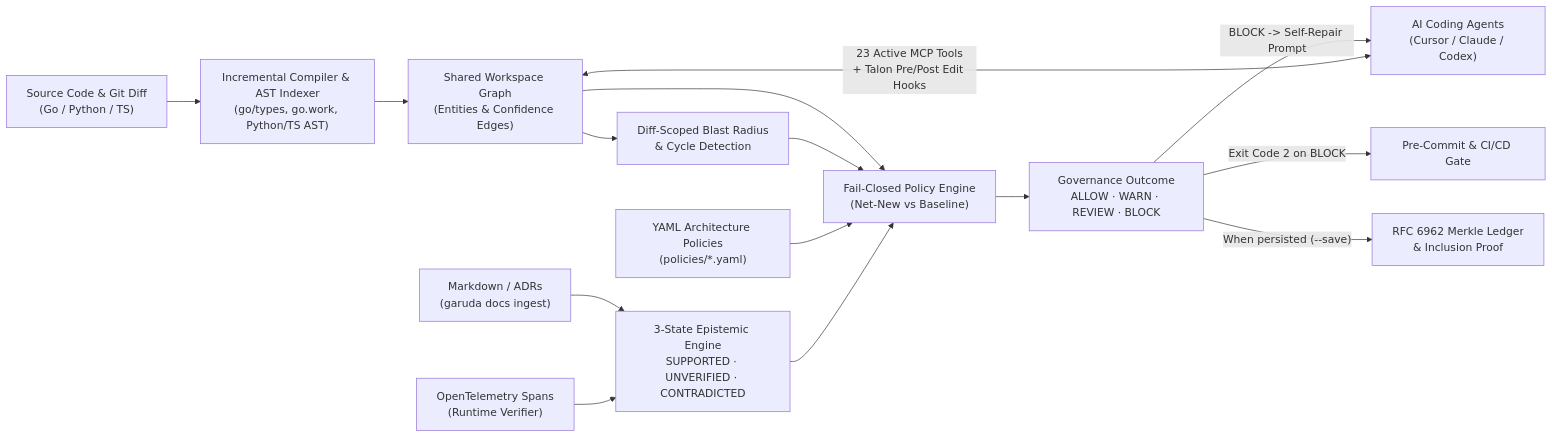
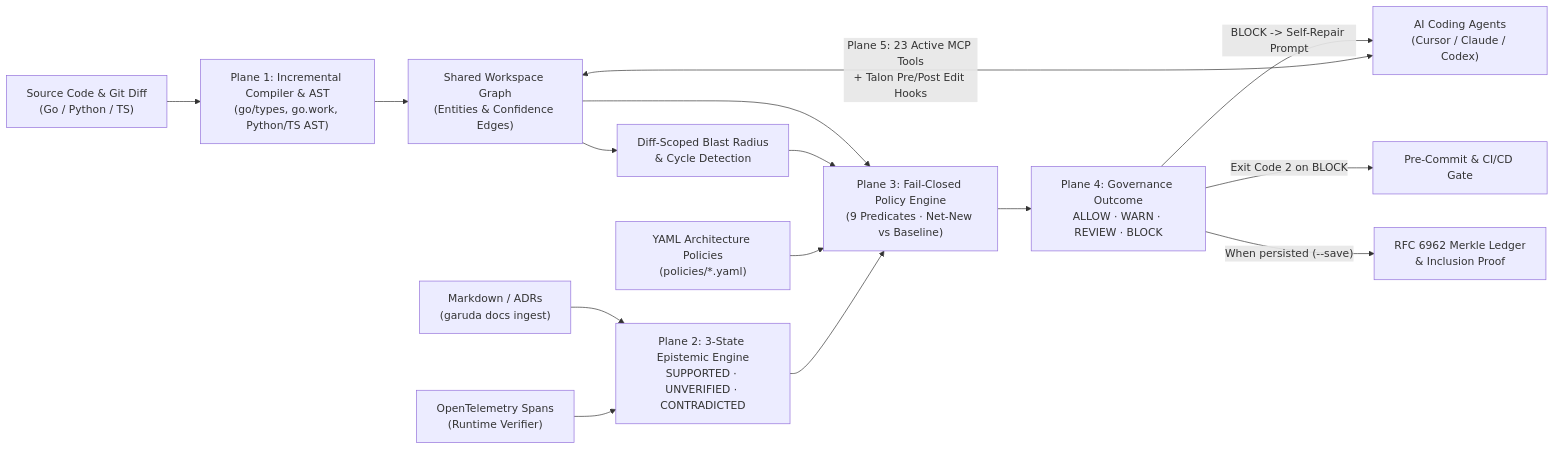
Before and after one commit to myshra777-ai/garuda: the diagram in README.md, drawn with Mermaid. The commit also changed other lines of this file and 9 other files, not shown here.

First line of the commit message:
feat(v1.6): add zero-dependency Windows/macOS/Linux/Chromebook/Android installers, pure-Go AST fallback, garuda doctor, PWA, and full v1.6 docs

````diff
--- a/README.md
+++ b/README.md
@@ -106,17 +167,17 @@
 ```mermaid
 flowchart LR
-    SRC["Source Code & Git Diff\n(Go / Python / TS)"] --> ANALYZE["Incremental Compiler & AST Indexer\n(go/types, go.work, Python/TS AST)"]
+    SRC["Source Code & Git Diff\n(Go / Python / TS)"] --> ANALYZE["Plane 1: Incremental Compiler & AST\n(go/types, go.work, Python/TS AST)"]
     ANALYZE --> MODEL["Shared Workspace Graph\n(Entities & Confidence Edges)"]
-    AGENT["AI Coding Agents\n(Cursor / Claude / Codex)"] <-->|"23 Active MCP Tools\n+ Talon Pre/Post Edit Hooks"| MODEL
-    DOC["Markdown / ADRs\n(garuda docs ingest)"] --> EVIDENCE["3-State Epistemic Engine\nSUPPORTED · UNVERIFIED · CONTRADICTED"]
+    AGENT["AI Coding Agents\n(Cursor / Claude / Codex)"] <-->|"Plane 5: 23 Active MCP Tools\n+ Talon Pre/Post Edit Hooks"| MODEL
+    DOC["Markdown / ADRs\n(garuda docs ingest)"] --> EVIDENCE["Plane 2: 3-State Epistemic Engine\nSUPPORTED · UNVERIFIED · CONTRADICTED"]
     OTEL["OpenTelemetry Spans\n(Runtime Verifier)"] --> EVIDENCE
     MODEL --> IMPACT["Diff-Scoped Blast Radius\n& Cycle Detection"]
-    MODEL --> EVAL["Fail-Closed Policy Engine\n(Net-New vs Baseline)"]
+    MODEL --> EVAL["Plane 3: Fail-Closed Policy Engine\n(9 Predicates · Net-New vs Baseline)"]
     IMPACT --> EVAL
     POLICY["YAML Architecture Policies\n(policies/*.yaml)"] --> EVAL
     EVIDENCE --> EVAL
-    EVAL --> DECISION["Governance Outcome\nALLOW · WARN · REVIEW · BLOCK"]
+    EVAL --> DECISION["Plane 4: Governance Outcome\nALLOW · WARN · REVIEW · BLOCK"]
     DECISION -->|"BLOCK -> Self-Repair Prompt"| AGENT
     DECISION -->|"Exit Code 2 on BLOCK"| CI["Pre-Commit & CI/CD Gate"]
     DECISION -->|"When persisted (--save)"| LEDGER["RFC 6962 Merkle Ledger\n& Inclusion Proof"]
 ```
````
